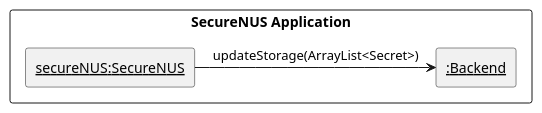
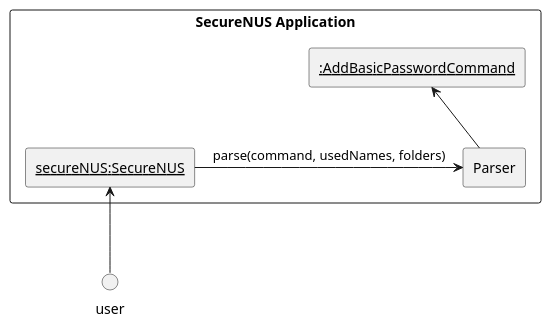
One commit to stevenantya/tp changed the diagram in docs/DGDiagramsCreator/Implementation_Add.puml. Above: the diagram before and after it, drawn with PlantUML. The commit also changed 14 other files, not shown here.

```diff
--- a/docs/DGDiagramsCreator/Implementation_Add.puml
+++ b/docs/DGDiagramsCreator/Implementation_Add.puml
@@ -1,24 +1,24 @@
 @startuml
 'https://plantuml.com/component-diagram
 
-'circle "user"
+circle "user"
 
 rectangle "SecureNUS Application" {
     rectangle "<u>secureNUS:SecureNUS"
-'    "user" -r-> "<u>secureNUS:SecureNUS"
-'    rectangle "<u>:Parser"
-'    "<u>secureNUS:SecureNUS" -r-> "<u>:Parser" : parse(command, usedNames, folders)
-'    rectangle "<u>:AddBasicPasswordCommand"
-'    "<u>:Parser" -u-> "<u>:AddBasicPasswordCommand"
+    "user" -u-> "<u>secureNUS:SecureNUS"
+    rectangle "Parser"
+    "<u>secureNUS:SecureNUS" -r-> "Parser" : parse(command, usedNames, folders)
+    rectangle "<u>:AddBasicPasswordCommand"
+    "Parser" -u-> "<u>:AddBasicPasswordCommand"
 
 '    "<u>secureNUS:SecureNUS" -r-> "<u>:AddBasicPasswordCommand":execute(command)
-'    rectangle "<u>basicPasswordData:BasicPassword"
-'    "<u>:AddBasicPasswordCommand" -u-> "<u>basicPasswordData:BasicPassword"
+'    rectangle "<u>:BasicPassword"
+'    "<u>:AddBasicPasswordCommand" -u-> "<u>:BasicPassword"
 ''
 '    rectangle "<u>secureNUSData:SecretMaster"
 '    "<u>:AddBasicPasswordCommand" -d-> "<u>secureNUSData:SecretMaster": addSecret(BasicPassword)
-    rectangle "<u>:Backend"
-    "<u>secureNUS:SecureNUS" -r-> "<u>:Backend": updateStorage(ArrayList<Secret>)
+'    rectangle "Backend"
+'    "<u>secureNUS:SecureNUS" -r-> "Backend": updateStorage(ArrayList<Secret>)
 }
 
 @enduml
```
